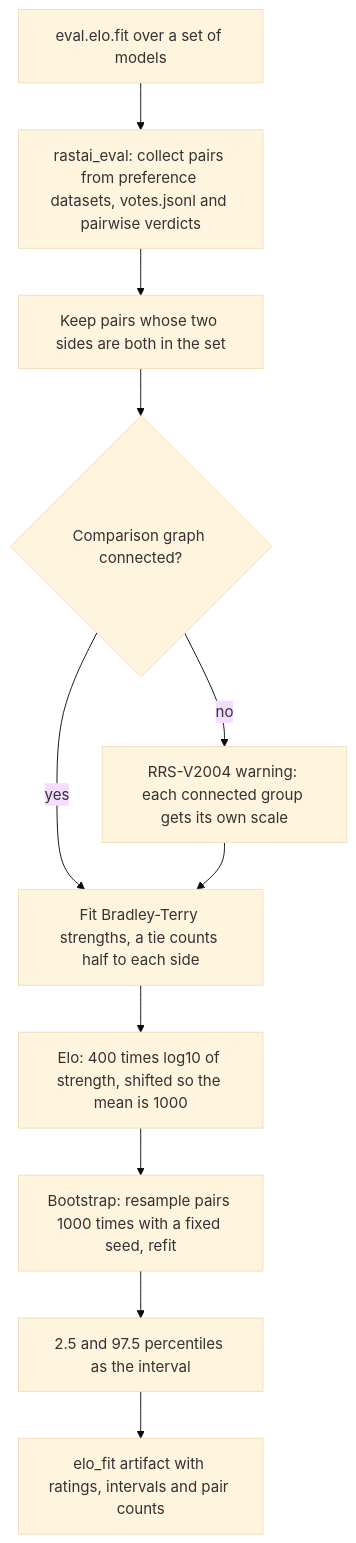
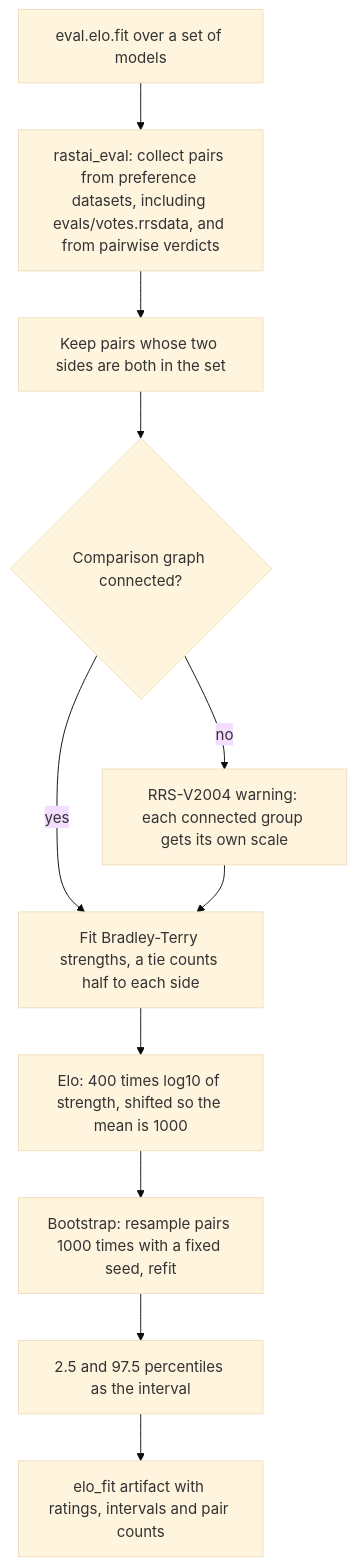
Diagram 22 of 32 in docs/architecture/flows/training-evaluation.md (Snubiss/RASTAI-Research-Studio), drawn with Mermaid (base theme) before and after one commit. The commit also changed other lines of this file and 44 other files, not shown here.

````diff
--- a/docs/architecture/flows/training-evaluation.md
+++ b/docs/architecture/flows/training-evaluation.md
@@ -1192,13 +1262,13 @@
 ```mermaid
 flowchart TD
-  A["eval.elo.fit over a set of models"] --> B["rastai_eval: collect pairs from preference datasets, votes.jsonl and pairwise verdicts"]
+  A["eval.elo.fit over a set of models"] --> B["rastai_eval: collect pairs from preference datasets, including evals/votes.rrsdata, and from pairwise verdicts"]
   B --> C["Keep pairs whose two sides are both in the set"]
   C --> D{"Comparison graph connected?"}
   D -->|no| D1["RRS-V2004 warning: each connected group gets its own scale"]
   D -->|yes| E["Fit Bradley-Terry strengths, a tie counts half to each side"]
   D1 --> E
   E --> F["Elo: 400 times log10 of strength, shifted so the mean is 1000"]
   F --> G["Bootstrap: resample pairs 1000 times with a fixed seed, refit"]
   G --> H["2.5 and 97.5 percentiles as the interval"]
   H --> I["elo_fit artifact with ratings, intervals and pair counts"]
 ```
````
